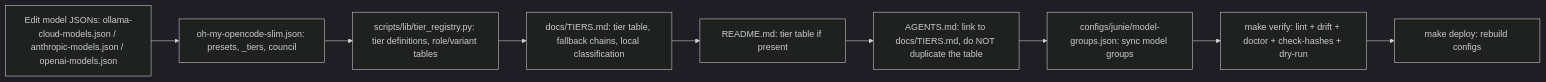
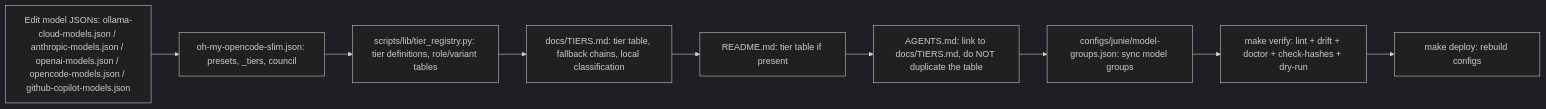
The diagram in docs/MODEL_UPDATES.md (randytarampi/dotfiles), drawn with Mermaid (dark theme) before and after one commit. The commit also changed other lines of this file and 8 other files, not shown here.

````diff
--- a/docs/MODEL_UPDATES.md
+++ b/docs/MODEL_UPDATES.md
@@ -9,11 +9,11 @@
 ```mermaid
 flowchart LR
-  A[Edit model JSONs: ollama-cloud-models.json / anthropic-models.json / openai-models.json] --> B[oh-my-opencode-slim.json: presets, _tiers, council]
+  A[Edit model JSONs: ollama-cloud-models.json / anthropic-models.json / openai-models.json / opencode-models.json / github-copilot-models.json] --> B[oh-my-opencode-slim.json: presets, _tiers, council]
   B --> C[scripts/lib/tier_registry.py: tier definitions, role/variant tables]
   C --> D[docs/TIERS.md: tier table, fallback chains, local classification]
   D --> E[README.md: tier table if present]
   E --> F[AGENTS.md: link to docs/TIERS.md, do NOT duplicate the table]
   F --> G[configs/junie/model-groups.json: sync model groups]
   G --> H[make verify: lint + drift + doctor + check-hashes + dry-run]
   H --> I[make deploy: rebuild configs]
 ```
````
